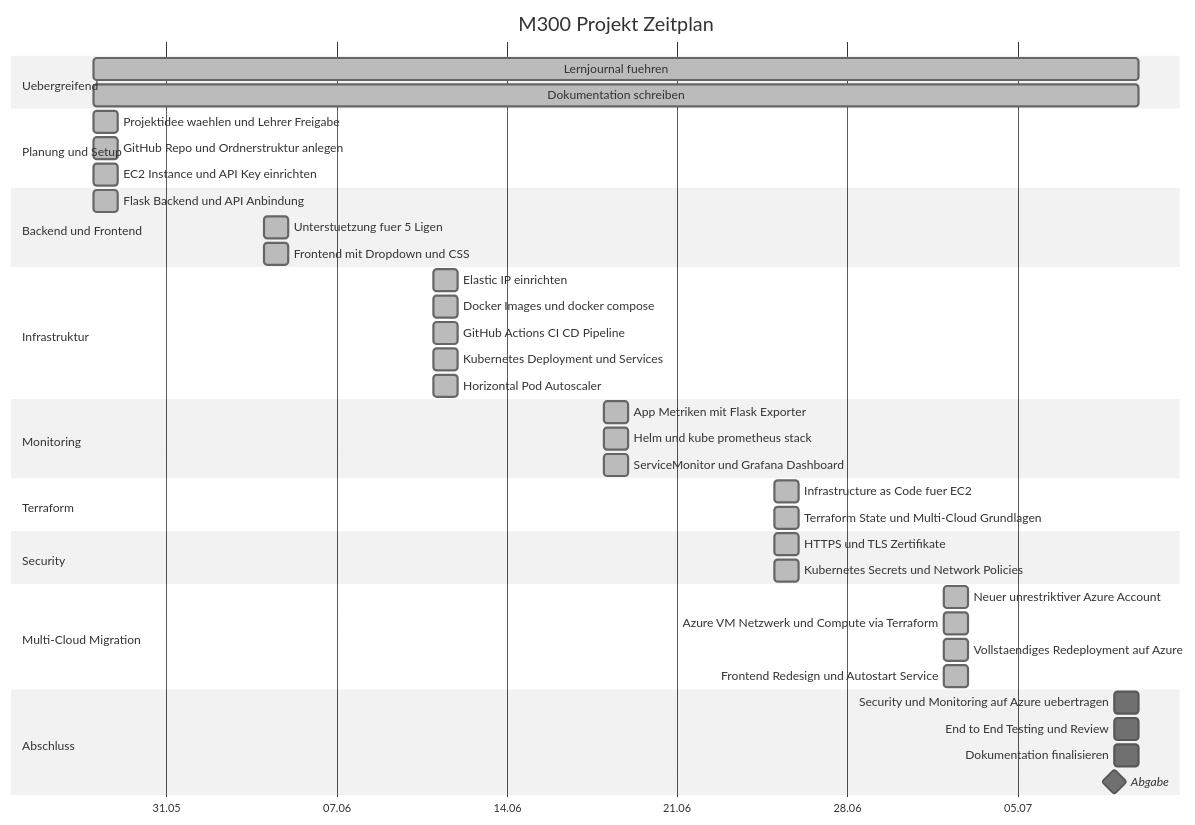
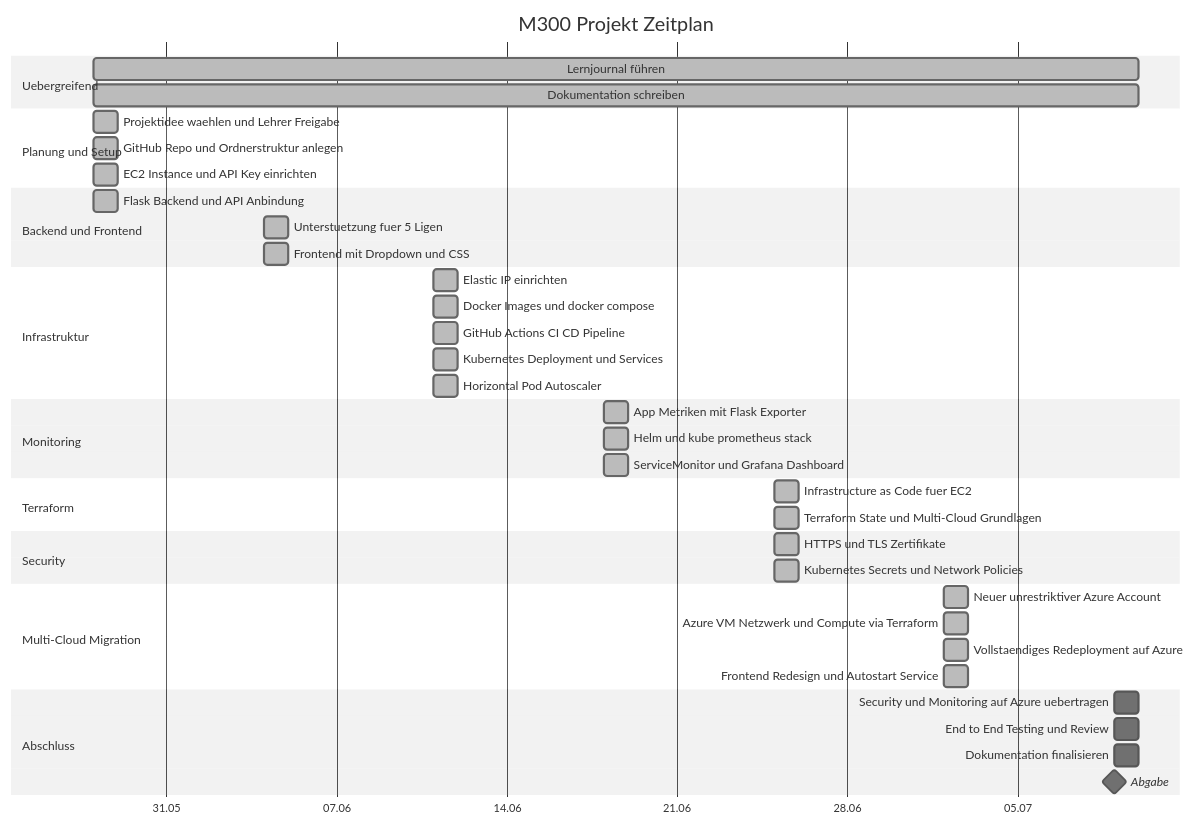
One commit to Dominik2056787/M300 changed the diagram in dokumentationen/zeitplan.md. Above: the diagram before and after it, drawn with Mermaid (neutral theme).

````diff
--- a/dokumentationen/zeitplan.md
+++ b/dokumentationen/zeitplan.md
@@ -3,43 +3,43 @@
 ```mermaid
 gantt
     title M300 Projekt Zeitplan
     dateFormat YYYY-MM-DD
     axisFormat %d.%m
     section Uebergreifend
-    Lernjournal fuehren :done, jour1, 2026-05-28, 43d
+    Lernjournal führen :done, jour1, 2026-05-28, 43d
     Dokumentation schreiben :done, dok1, 2026-05-28, 43d
     section Planung und Setup
     Projektidee waehlen und Lehrer Freigabe :done, plan1, 2026-05-28, 1d
     GitHub Repo und Ordnerstruktur anlegen :done, plan2, 2026-05-28, 1d
     EC2 Instance und API Key einrichten :done, plan3, 2026-05-28, 1d
     section Backend und Frontend
     Flask Backend und API Anbindung :done, app1, 2026-05-28, 1d
     Unterstuetzung fuer 5 Ligen :done, app2, 2026-06-04, 1d
     Frontend mit Dropdown und CSS :done, app3, 2026-06-04, 1d
     section Infrastruktur
     Elastic IP einrichten :done, infra1, 2026-06-11, 1d
     Docker Images und docker compose :done, infra2, 2026-06-11, 1d
     GitHub Actions CI CD Pipeline :done, infra3, 2026-06-11, 1d
     Kubernetes Deployment und Services :done, infra4, 2026-06-11, 1d
     Horizontal Pod Autoscaler :done, infra5, 2026-06-11, 1d
     section Monitoring
     App Metriken mit Flask Exporter :done, mon1, 2026-06-18, 1d
     Helm und kube prometheus stack :done, mon2, 2026-06-18, 1d
     ServiceMonitor und Grafana Dashboard :done, mon3, 2026-06-18, 1d
     section Terraform
     Infrastructure as Code fuer EC2 :done, tf1, 2026-06-25, 1d
     Terraform State und Multi-Cloud Grundlagen :done, tf2, 2026-06-25, 1d
     section Security
     HTTPS und TLS Zertifikate :done, sec1, 2026-06-25, 1d
     Kubernetes Secrets und Network Policies :done, sec2, 2026-06-25, 1d
     section Multi-Cloud Migration
     Neuer unrestriktiver Azure Account :done, mc1, 2026-07-02, 1d
     Azure VM Netzwerk und Compute via Terraform :done, mc2, 2026-07-02, 1d
     Vollstaendiges Redeployment auf Azure :done, mc3, 2026-07-02, 1d
     Frontend Redesign und Autostart Service :done, mc4, 2026-07-02, 1d
     section Abschluss
     Security und Monitoring auf Azure uebertragen :test0, 2026-07-09, 1d
     End to End Testing und Review :test1, 2026-07-09, 1d
     Dokumentation finalisieren :test2, 2026-07-09, 1d
     Abgabe :milestone, abgabe1, 2026-07-09, 0d
 ```
````
